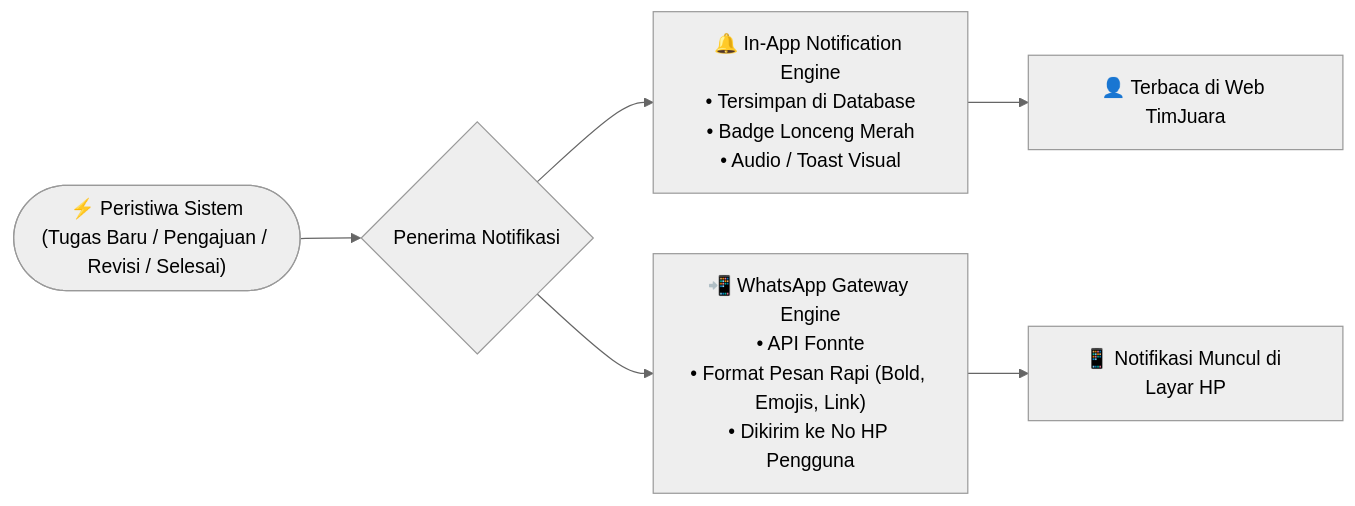
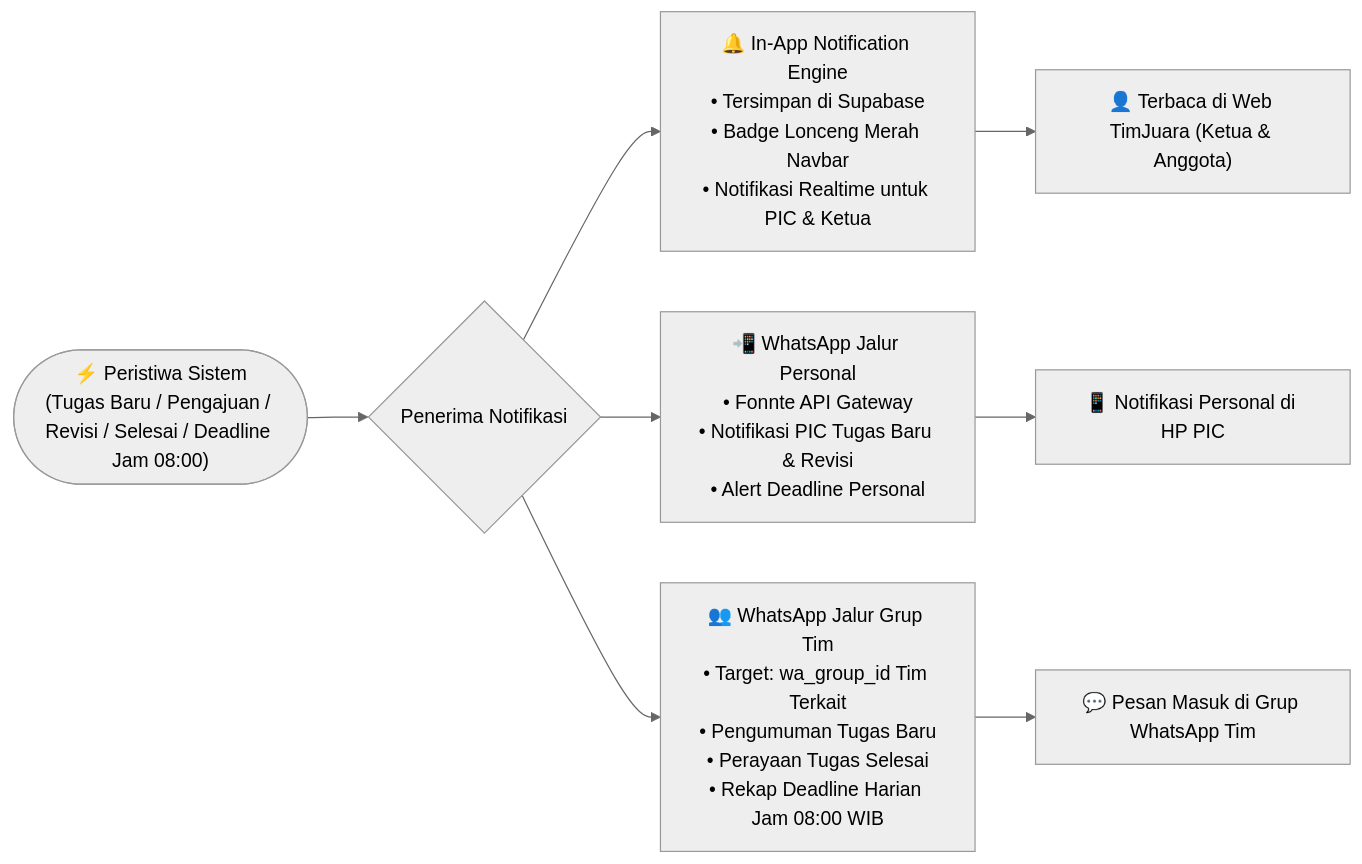
Before and after one commit to haidar394/TimJuara: the third of 5 diagrams in ALUR_SISTEM.md, drawn with Mermaid (neutral theme). The commit also changed other lines of this file, not shown here.

Commit message:
docs: update system architecture and flow with AI features, bot group automation, and 8 AM deadline heartbeat

````diff
--- a/ALUR_SISTEM.md
+++ b/ALUR_SISTEM.md
@@ -102,10 +102,12 @@
 ```mermaid
 flowchart LR
-    Event(["⚡ Peristiwa Sistem<br/>(Tugas Baru / Pengajuan / Revisi / Selesai)"]) --> Router{"Penerima Notifikasi"}
+    Event(["⚡ Peristiwa Sistem<br/>(Tugas Baru / Pengajuan / Revisi / Selesai / Deadline Jam 08:00)"]) --> Router{"Penerima Notifikasi"}
     
-    Router --> InApp["🔔 In-App Notification Engine<br/>• Tersimpan di Database<br/>• Badge Lonceng Merah<br/>• Audio / Toast Visual"]
-    Router --> WAGateway["📲 WhatsApp Gateway Engine<br/>• API Fonnte<br/>• Format Pesan Rapi (Bold, Emojis, Link)<br/>• Dikirim ke No HP Pengguna"]
+    Router --> InApp["🔔 In-App Notification Engine<br/>• Tersimpan di Supabase<br/>• Badge Lonceng Merah Navbar<br/>• Notifikasi Realtime untuk PIC & Ketua"]
+    Router --> WAPersonal["📲 WhatsApp Jalur Personal<br/>• Fonnte API Gateway<br/>• Notifikasi PIC Tugas Baru & Revisi<br/>• Alert Deadline Personal"]
+    Router --> WAGroup["👥 WhatsApp Jalur Grup Tim<br/>• Target: wa_group_id Tim Terkait<br/>• Pengumuman Tugas Baru<br/>• Perayaan Tugas Selesai<br/>• Rekap Deadline Harian Jam 08:00 WIB"]
 
-    InApp --> UserInApp["👤 Terbaca di Web TimJuara"]
-    WAGateway --> UserWA["📱 Notifikasi Muncul di Layar HP"]
+    InApp --> UserInApp["👤 Terbaca di Web TimJuara (Ketua & Anggota)"]
+    WAPersonal --> UserWA["📱 Notifikasi Personal di HP PIC"]
+    WAGroup --> GroupChat["💬 Pesan Masuk di Grup WhatsApp Tim"]
 ```
````
